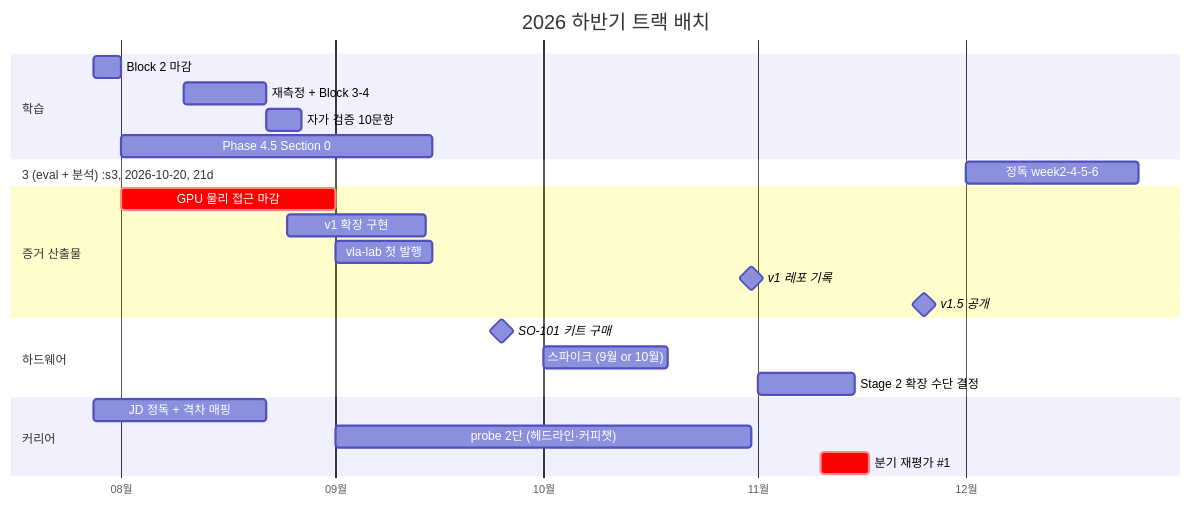
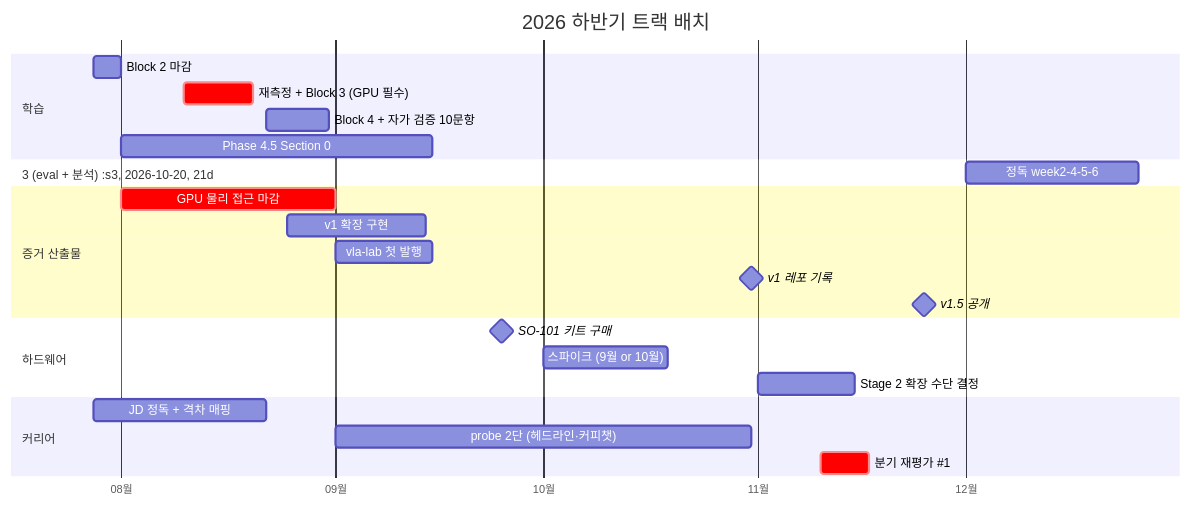
Before and after one commit to tylee-yeonge/physical-ai-study: the diagram in docs/superpowers/plans/2026-07-28-year-end-execution-guide.md, drawn with Mermaid. The commit also changed other lines of this file and 3 other files, not shown here.

````diff
--- a/docs/superpowers/plans/2026-07-28-year-end-execution-guide.md
+++ b/docs/superpowers/plans/2026-07-28-year-end-execution-guide.md
@@ -150,29 +153,29 @@
 ```mermaid
 gantt
     title 2026 하반기 트랙 배치
     dateFormat YYYY-MM-DD
     axisFormat %m월
     section 학습
     Block 2 마감 :b2, 2026-07-28, 4d
-    재측정 + Block 3-4 :b34, 2026-08-10, 12d
-    자가 검증 10문항 :quiz, 2026-08-22, 5d
+    재측정 + Block 3 (GPU 필수) :crit, b3, 2026-08-10, 10d
+    Block 4 + 자가 검증 10문항 :b4q, 2026-08-22, 9d
     Phase 4.5 Section 0 :s0, 2026-08-01, 45d
     Section 1 (sim 데이터) :s1, 2026-09-15, 14d
     Section 2 (LoRA 학습) :s2, 2026-09-29, 21d
     Section 3 (eval + 분석) :s3, 2026-10-20, 21d
     정독 week2-4-5-6 :read, 2026-12-01, 25d
     section 증거 산출물
     GPU 물리 접근 마감 :crit, gpu, 2026-08-01, 31d
     v1 확장 구현 :v1x, 2026-08-25, 20d
     vla-lab 첫 발행 :pub, 2026-09-01, 14d
     v1 레포 기록 :milestone, m1, 2026-10-31, 0d
     v1.5 공개 :milestone, m15, 2026-11-25, 0d
     section 하드웨어
     SO-101 키트 구매 :milestone, order, 2026-09-25, 0d
     스파이크 (9월 or 10월) :spike, 2026-10-01, 18d
     Stage 2 확장 수단 결정 :redesign, 2026-11-01, 14d
     section 커리어
     JD 정독 + 격차 매핑 :jd, 2026-07-28, 25d
     probe 2단 (헤드라인·커피챗) :probe, 2026-09-01, 60d
     분기 재평가 #1 :crit, rev, 2026-11-10, 7d
 ```
````
